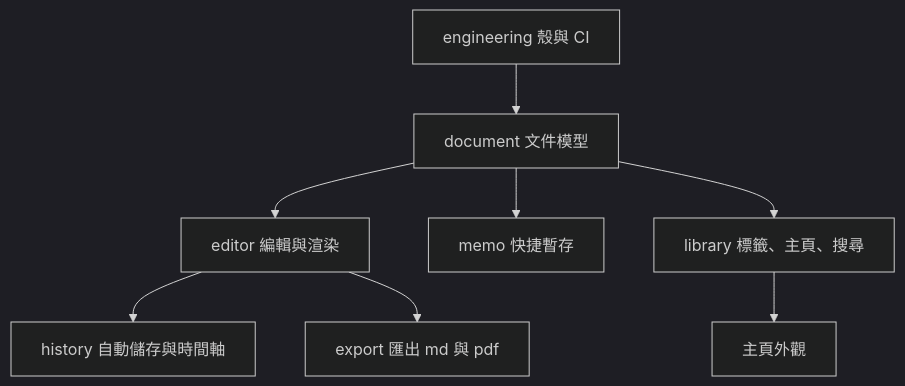
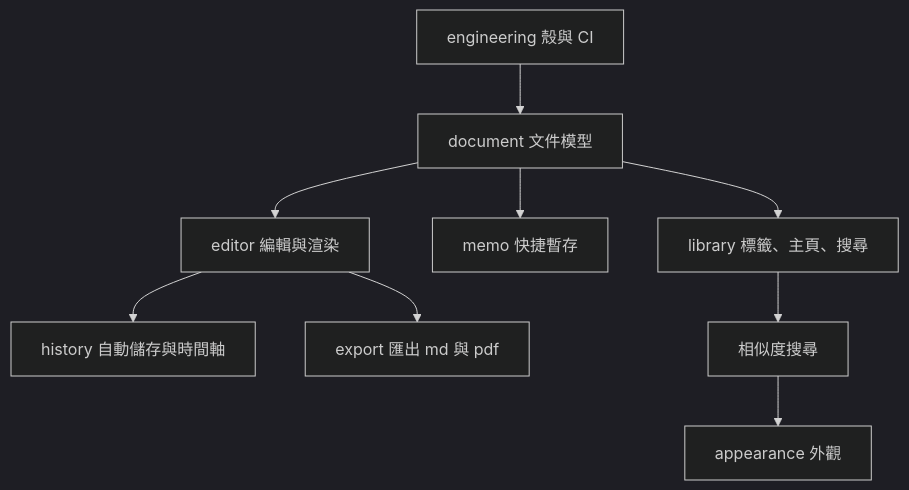
The second of 2 diagrams in development/development.md (eyjafjallac/Eyja), drawn with Mermaid (dark theme) before and after one commit. The commit also changed other lines of this file and 8 other files, not shown here.

````diff
--- a/development/development.md
+++ b/development/development.md
@@ -38,18 +44,19 @@
 ```mermaid
 flowchart TD
   doc[document 文件模型]
   eng[engineering 殼與 CI]
   editor[editor 編輯與渲染]
   history[history 自動儲存與時間軸]
   memo[memo 快捷暫存]
   library[library 標籤、主頁、搜尋]
   export[export 匯出 md 與 pdf]
-  skin[主頁外觀]
+  similar[相似度搜尋]
+  skin[appearance 外觀]
 
   doc --> editor --> history
   doc --> memo
   doc --> library
   editor --> export
-  library --> skin
+  library --> similar --> skin
   eng --> doc
 ```
````
